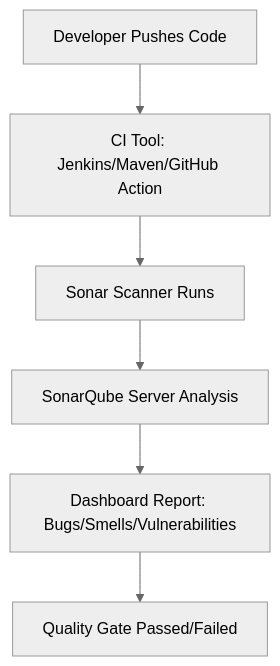
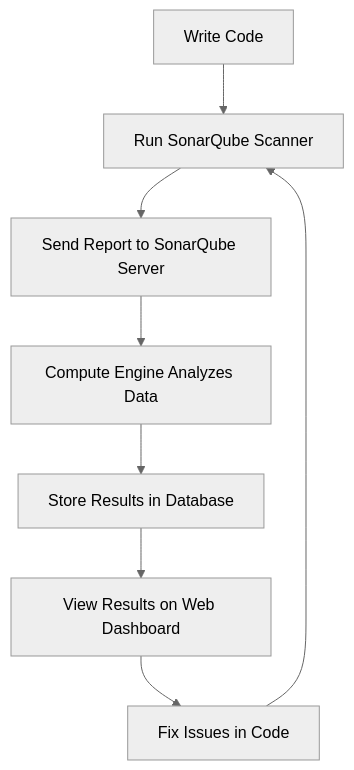
Before and after one commit to kawalpreet-kour/sonarqube-documentation: the diagram in README.md, drawn with Mermaid (neutral theme). The commit also changed other lines of this file, not shown here.

````diff
--- a/README.md
+++ b/README.md
@@ -84,8 +98,10 @@
 ```mermaid
 graph TD
-    A[Developer Pushes Code] --> B[CI Tool: Jenkins/Maven/GitHub Action]
-    B --> C[Sonar Scanner Runs]
-    C --> D[SonarQube Server Analysis]
-    D --> E[Dashboard Report: Bugs/Smells/Vulnerabilities]
-    E --> F[Quality Gate Passed/Failed]
+    A[Write Code] --> B[Run SonarQube Scanner]
+    B --> C[Send Report to SonarQube Server]
+    C --> D[Compute Engine Analyzes Data]
+    D --> E[Store Results in Database]
+    E --> F[View Results on Web Dashboard]
+    F --> G[Fix Issues in Code]
+    G --> B
 ```
````
